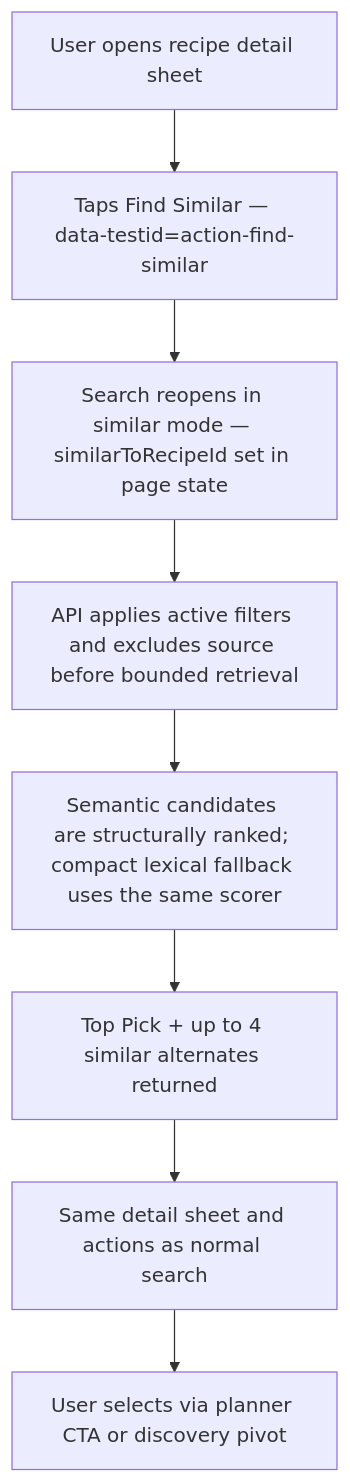
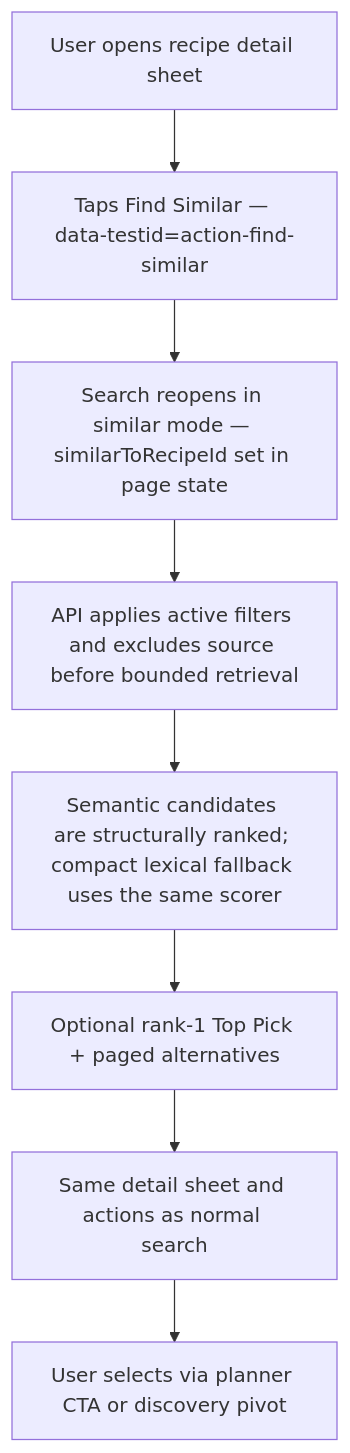
Before and after one commit to AlexandreBrisebois/whats-for-supper: the fourth of 6 diagrams in docs/flows/user-flows/recipe-search-and-library-recovery.md, drawn with Mermaid. The commit also changed other lines of this file, not shown here.

Commit message:
docs: align docs/flows/user-flows/recipe-search-and-library-recovery.md with stable 0.1.21

````diff
--- a/docs/flows/user-flows/recipe-search-and-library-recovery.md
+++ b/docs/flows/user-flows/recipe-search-and-library-recovery.md
@@ -189,10 +191,10 @@
 ```mermaid
 flowchart TD
     A[User opens recipe detail sheet] --> B[Taps Find Similar — data-testid=action-find-similar]
     B --> C[Search reopens in similar mode — similarToRecipeId set in page state]
     C --> D[API applies active filters and excludes source before bounded retrieval]
     D --> E[Semantic candidates are structurally ranked; compact lexical fallback uses the same scorer]
-    E --> F[Top Pick + up to 4 similar alternates returned]
+    E --> F[Optional rank-1 Top Pick + paged alternatives]
     F --> G[Same detail sheet and actions as normal search]
     G --> H[User selects via planner CTA or discovery pivot]
 ```
````
